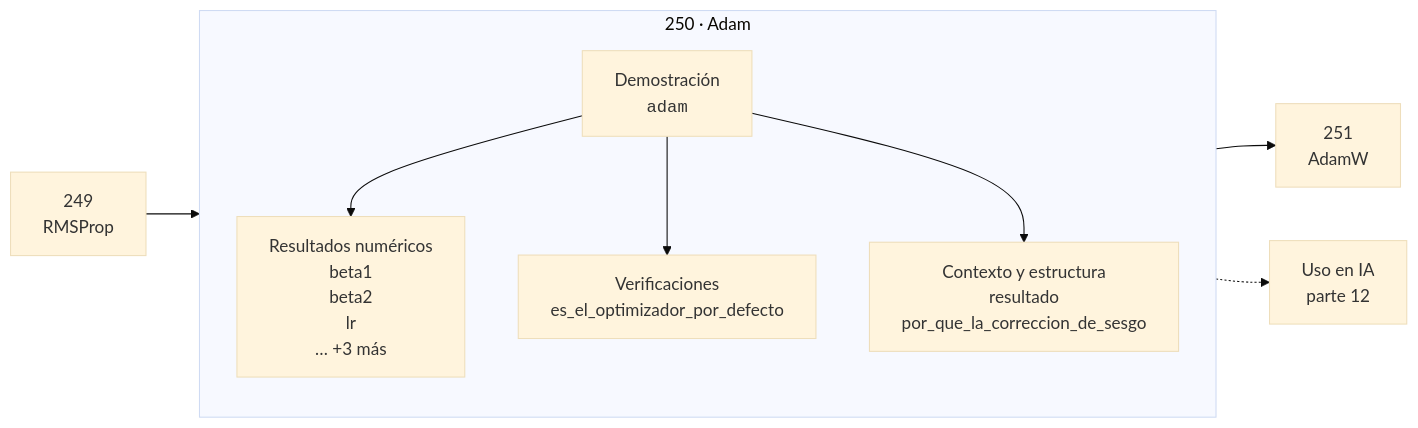
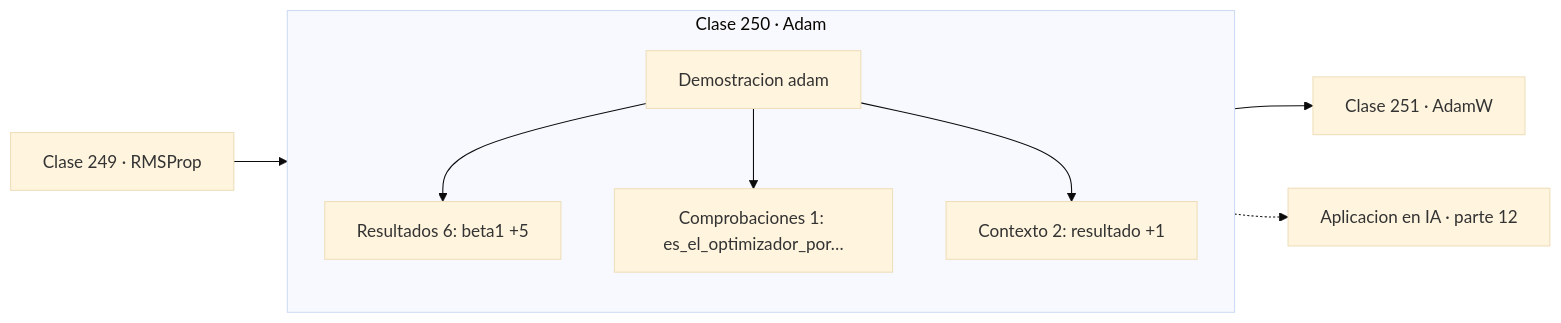
The diagram in classes/part-12-optimizacion-matematica-y-computacional/250-adam/README.md (vladimiracunadev-create/computational-mathematics-program), drawn with Mermaid (base theme) before and after one commit. The commit also changed 389 other files, not shown here.

First line of the commit message:
fix(diagramas): elimina el HTML de las etiquetas Mermaid

````diff
--- a/classes/part-12-optimizacion-matematica-y-computacional/250-adam/README.md
+++ b/classes/part-12-optimizacion-matematica-y-computacional/250-adam/README.md
@@ -30,12 +30,13 @@
 ```mermaid
 flowchart LR
-    P["249<br/>RMSProp"] --> C
-    subgraph C["250 · Adam"]
+    P["Clase 249 · RMSProp"] --> D
+    subgraph CLASE["Clase 250 · Adam"]
         direction TB
-        D["Demostración<br/><code>adam</code>"] --> R["Resultados numéricos<br/>beta1<br/>beta2<br/>lr<br/>… +3 más"]
-        D --> V["Verificaciones<br/>es_el_optimizador_por_defecto"]
-        D --> O["Contexto y estructura<br/>resultado<br/>por_que_la_correccion_de_sesgo"]
+        D["Demostracion adam"]
+        D --> R["Resultados 6: beta1 +5"]
+        D --> V["Comprobaciones 1: es_el_optimizador_por…"]
+        D --> O["Contexto 2: resultado +1"]
     end
-    C --> N["251<br/>AdamW"]
-    C -.-> IA["Uso en IA<br/>parte 12"]
+    R --> N["Clase 251 · AdamW"]
+    V -.-> IA["Aplicacion en IA · parte 12"]
 ```
````
